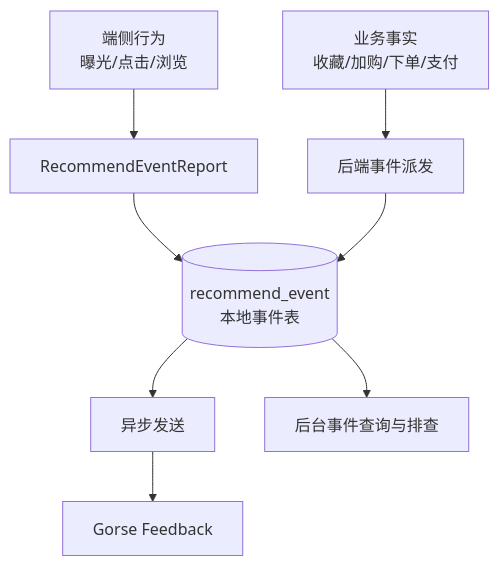
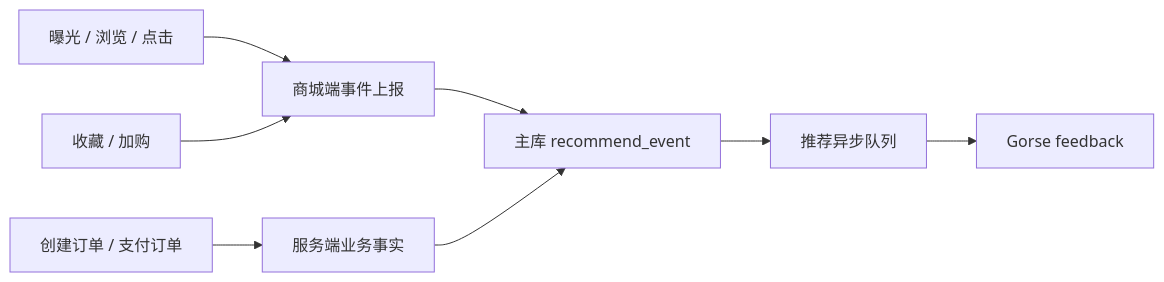
Before and after one commit to liujitcn/shop: the second of 2 diagrams in docs/推荐数据流转设计.md, drawn with Mermaid. The commit also changed other lines of this file and 1765 other files, not shown here.

````diff
--- a/docs/推荐数据流转设计.md
+++ b/docs/推荐数据流转设计.md
@@ -68,10 +34,10 @@
 ```mermaid
-flowchart TB
-  Front["端侧行为\n曝光/点击/浏览"] --> Report["RecommendEventReport"]
-  Biz["业务事实\n收藏/加购/下单/支付"] --> Dispatch["后端事件派发"]
-  Report --> LocalEvent[("recommend_event\n本地事件表")]
-  Dispatch --> LocalEvent
-  LocalEvent --> Async["异步发送"]
-  Async --> Gorse["Gorse Feedback"]
-  LocalEvent --> Admin["后台事件查询与排查"]
+flowchart LR
+  Impression["曝光 / 浏览 / 点击"] --> Report["商城端事件上报"]
+  Collect["收藏 / 加购"] --> Report
+  Order["创建订单 / 支付订单"] --> Server["服务端业务事实"]
+  Report --> Event["主库 recommend_event"]
+  Server --> Event
+  Event --> Queue["推荐异步队列"]
+  Queue --> Gorse["Gorse feedback"]
 ```
````
